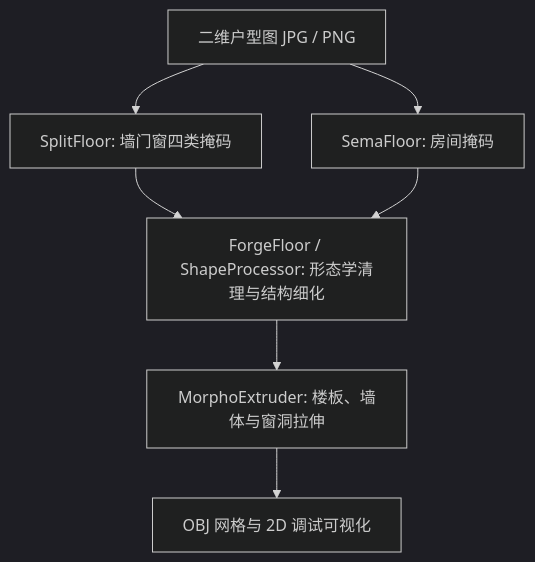
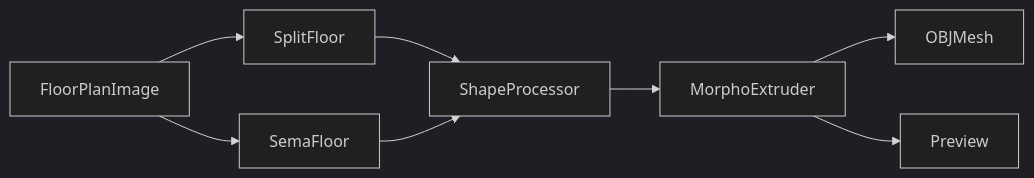
Before and after one commit to ImChong/Robotics_Notebooks: the first of 2 diagrams in wiki/entities/blueprint3d-ashnomad.md, drawn with Mermaid (dark theme). The commit also changed other lines of this file and 2 other files, not shown here.

Commit message:
fix(wiki): 收敛三项 ingest 的 Mermaid 图为兼容解析器的基础语法

````diff
--- a/wiki/entities/blueprint3d-ashnomad.md
+++ b/wiki/entities/blueprint3d-ashnomad.md
@@ -51,9 +51,10 @@
 ```mermaid
-flowchart TD
-  A["二维户型图 JPG / PNG"] --> B["SplitFloor: 墙门窗四类掩码"]
-  A --> C["SemaFloor: 房间掩码"]
-  B --> D["ForgeFloor / ShapeProcessor: 形态学清理与结构细化"]
+flowchart LR
+  A[FloorPlanImage] --> B[SplitFloor]
+  A --> C[SemaFloor]
+  B --> D[ShapeProcessor]
   C --> D
-  D --> E["MorphoExtruder: 楼板、墙体与窗洞拉伸"]
-  E --> F["OBJ 网格与 2D 调试可视化"]
+  D --> E[MorphoExtruder]
+  E --> F[OBJMesh]
+  E --> G[Preview]
 ```
````
